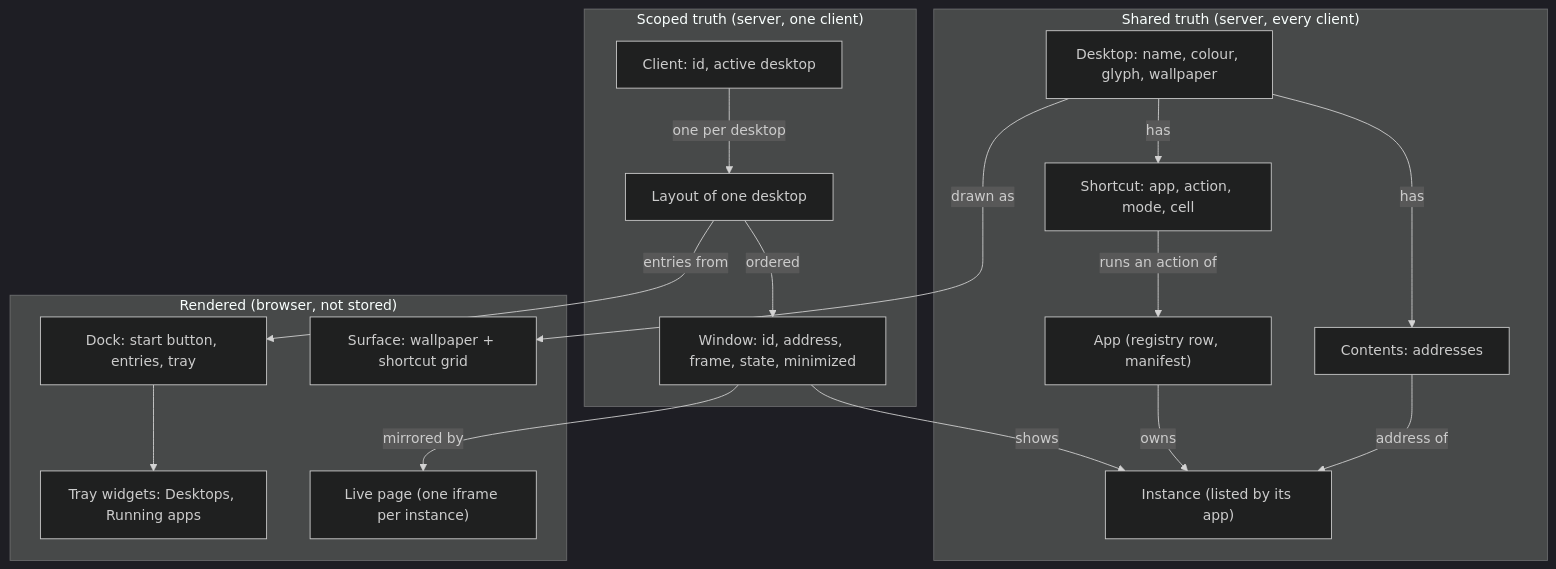
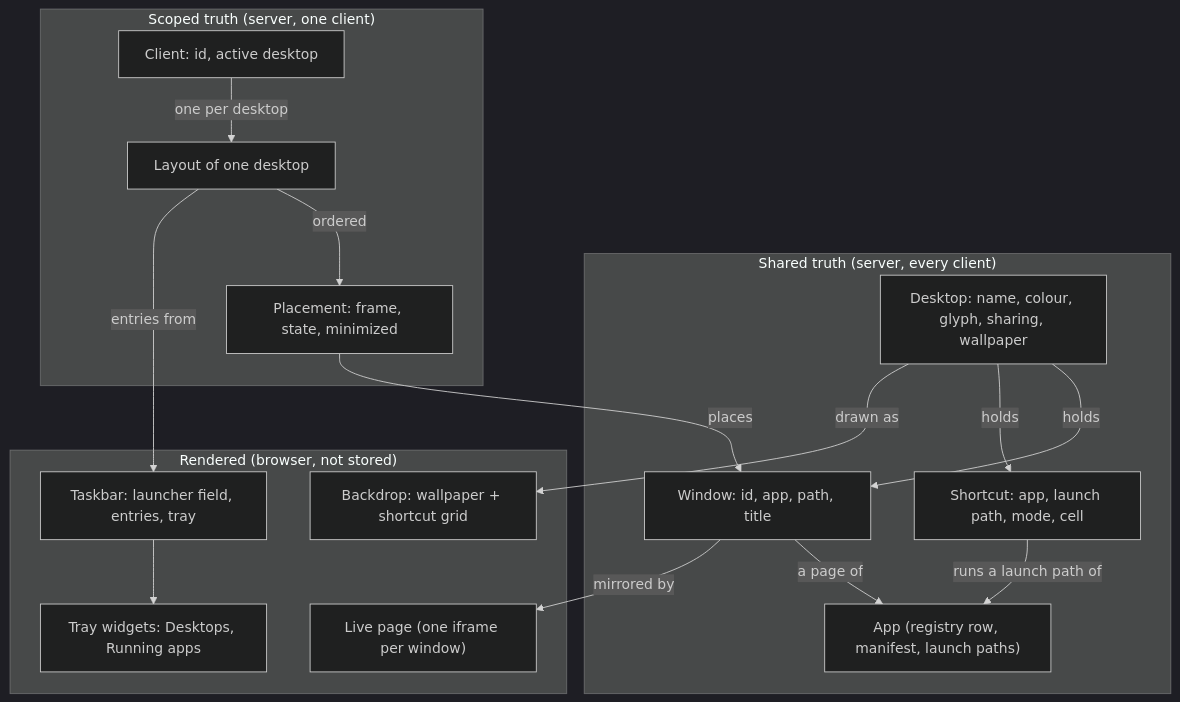
The diagram in docs/system/blueprint/desktop-interface/concepts.md (imbue-ai/default-workspace-template), drawn with Mermaid (dark theme) before and after one commit. The commit also changed other lines of this file and 3 other files, not shown here.

````diff
--- a/docs/system/blueprint/desktop-interface/concepts.md
+++ b/docs/system/blueprint/desktop-interface/concepts.md
@@ -164,33 +145,31 @@
 ```mermaid
 flowchart TB
     subgraph shared["Shared truth (server, every client)"]
-        App["App (registry row, manifest)"]
-        Instance["Instance (listed by its app)"]
-        Desktop["Desktop: name, colour, glyph, wallpaper"]
-        Contents["Contents: addresses"]
-        Shortcut["Shortcut: app, action, mode, cell"]
+        App["App (registry row, manifest, launch paths)"]
+        Desktop["Desktop: name, colour, glyph, sharing, wallpaper"]
+        Window["Window: id, app, path, title"]
+        Shortcut["Shortcut: app, launch path, mode, cell"]
     end
     subgraph scoped["Scoped truth (server, one client)"]
         Client["Client: id, active desktop"]
         Layout["Layout of one desktop"]
-        Window["Window: id, address, frame, state, minimized"]
+        Placement["Placement: frame, state, minimized"]
     end
     subgraph rendered["Rendered (browser, not stored)"]
-        Surface["Surface: wallpaper + shortcut grid"]
-        Dock["Dock: start button, entries, tray"]
+        Backdrop["Backdrop: wallpaper + shortcut grid"]
+        Taskbar["Taskbar: launcher field, entries, tray"]
         Tray["Tray widgets: Desktops, Running apps"]
-        Page["Live page (one iframe per instance)"]
+        Page["Live page (one iframe per window)"]
     end
-    App -->|owns| Instance
-    Desktop -->|has| Contents
-    Desktop -->|has| Shortcut
-    Contents -->|address of| Instance
-    Shortcut -->|runs an action of| App
+    Desktop -->|holds| Window
+    Desktop -->|holds| Shortcut
+    Window -->|a page of| App
+    Shortcut -->|runs a launch path of| App
     Client -->|one per desktop| Layout
-    Layout -->|ordered| Window
-    Window -->|shows| Instance
-    Desktop -->|drawn as| Surface
-    Layout -->|entries from| Dock
-    Dock --> Tray
+    Layout -->|ordered| Placement
+    Placement -->|places| Window
+    Desktop -->|drawn as| Backdrop
+    Layout -->|entries from| Taskbar
+    Taskbar --> Tray
     Window -->|mirrored by| Page
 ```
````
